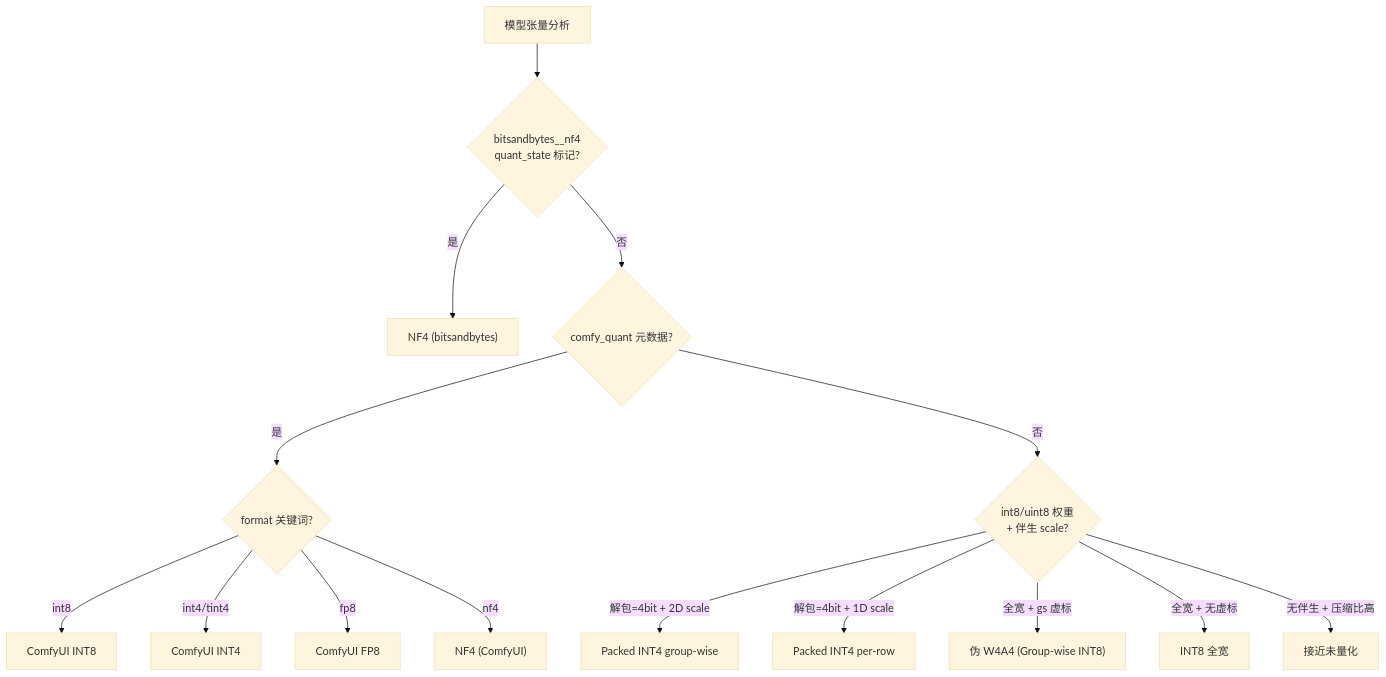
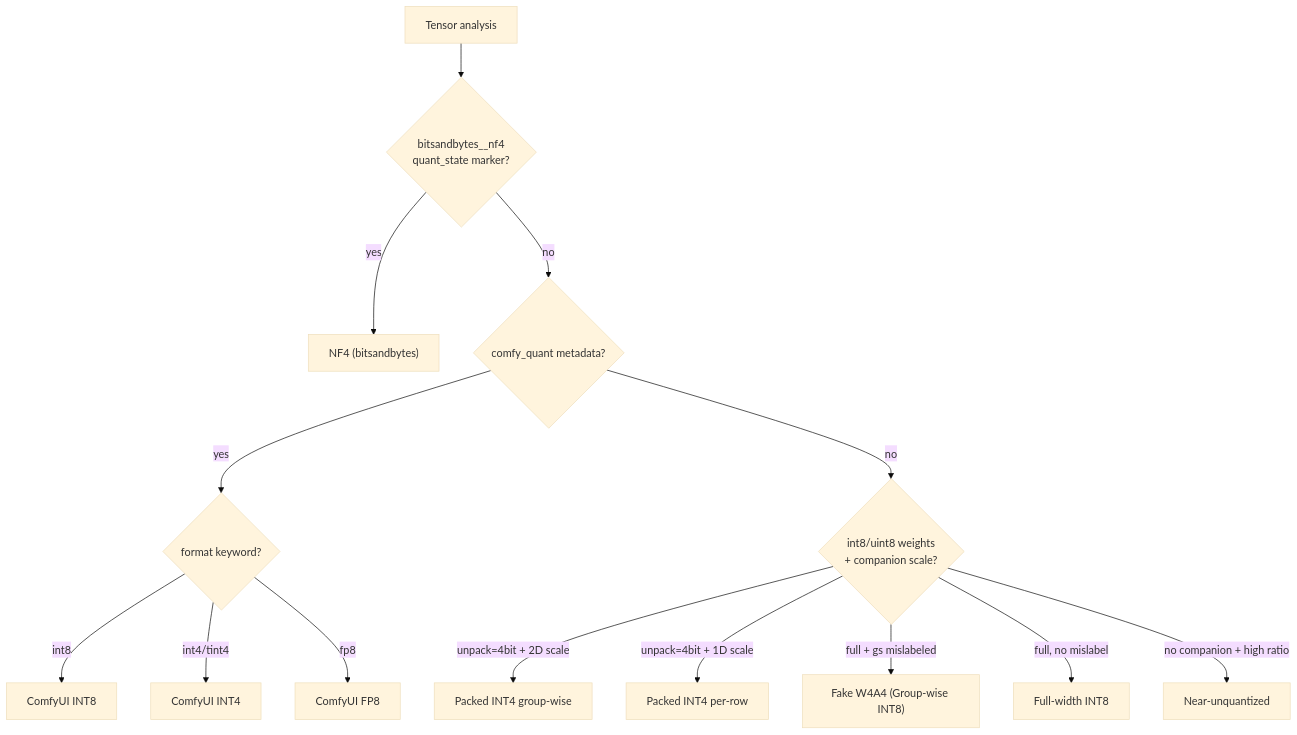
One commit to allanmeng/model-format-verifier changed the third of 3 diagrams in README.md. Above: the diagram before and after it, drawn with Mermaid (base theme). The commit also changed other lines of this file and 4 other files, not shown here.

````diff
--- a/README.md
+++ b/README.md
@@ -222,17 +164,16 @@
 ```mermaid
 flowchart TD
-    M["模型张量分析"] --> N1{"bitsandbytes__nf4<br/>quant_state 标记?"}
-    N1 -- 是 --> R1["NF4 (bitsandbytes)"]
-    N1 -- 否 --> N2{"comfy_quant 元数据?"}
-    N2 -- 是 --> N3{"format 关键词?"}
+    M["Tensor analysis"] --> N1{"bitsandbytes__nf4<br/>quant_state marker?"}
+    N1 -- yes --> R1["NF4 (bitsandbytes)"]
+    N1 -- no --> N2{"comfy_quant metadata?"}
+    N2 -- yes --> N3{"format keyword?"}
     N3 -- int8 --> R2["ComfyUI INT8"]
     N3 -- int4/tint4 --> R3["ComfyUI INT4"]
     N3 -- fp8 --> R4["ComfyUI FP8"]
-    N3 -- nf4 --> R5["NF4 (ComfyUI)"]
-    N2 -- 否 --> N4{"int8/uint8 权重<br/>+ 伴生 scale?"}
-    N4 -- "解包=4bit + 2D scale" --> R6["Packed INT4 group-wise"]
-    N4 -- "解包=4bit + 1D scale" --> R7["Packed INT4 per-row"]
-    N4 -- "全宽 + gs 虚标" --> R8["伪 W4A4 (Group-wise INT8)"]
-    N4 -- "全宽 + 无虚标" --> R9["INT8 全宽"]
-    N4 -- "无伴生 + 压缩比高" --> R10["接近未量化"]
+    N2 -- no --> N4{"int8/uint8 weights<br/>+ companion scale?"}
+    N4 -- "unpack=4bit + 2D scale" --> R5["Packed INT4 group-wise"]
+    N4 -- "unpack=4bit + 1D scale" --> R6["Packed INT4 per-row"]
+    N4 -- "full + gs mislabeled" --> R7["Fake W4A4 (Group-wise INT8)"]
+    N4 -- "full, no mislabel" --> R8["Full-width INT8"]
+    N4 -- "no companion + high ratio" --> R9["Near-unquantized"]
 ```
````
